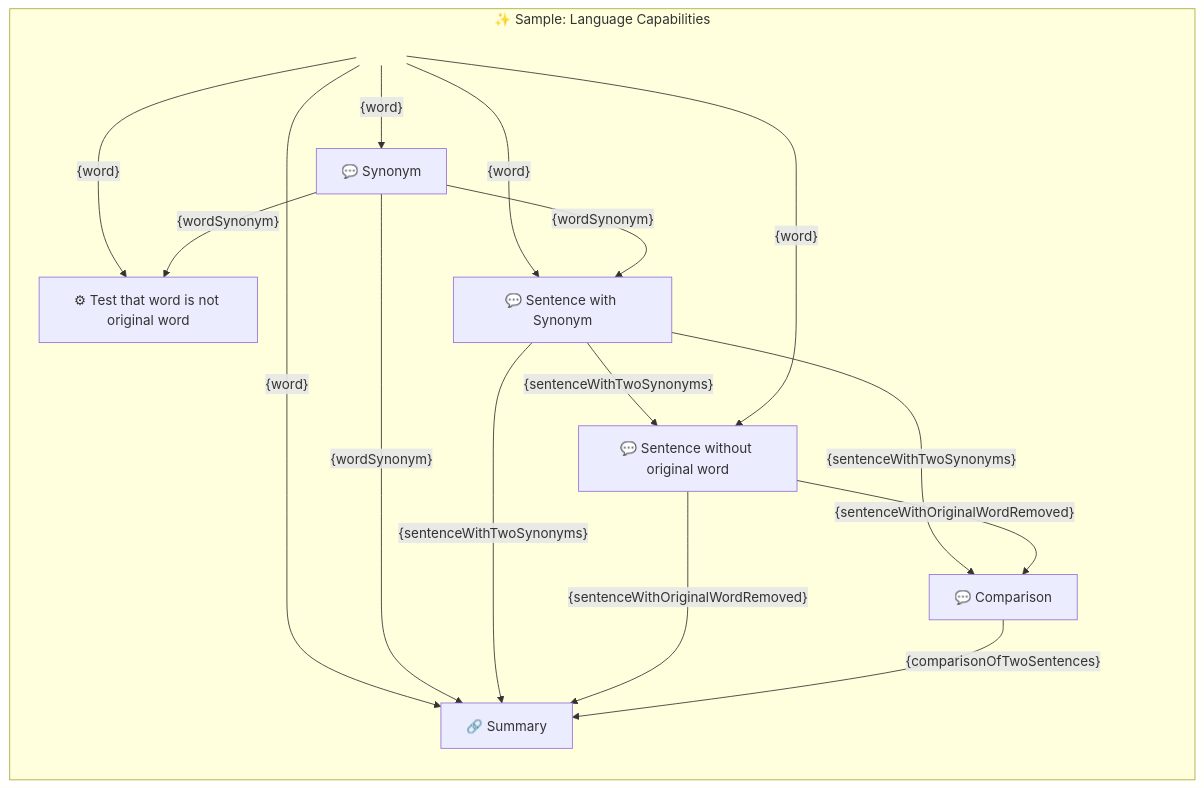
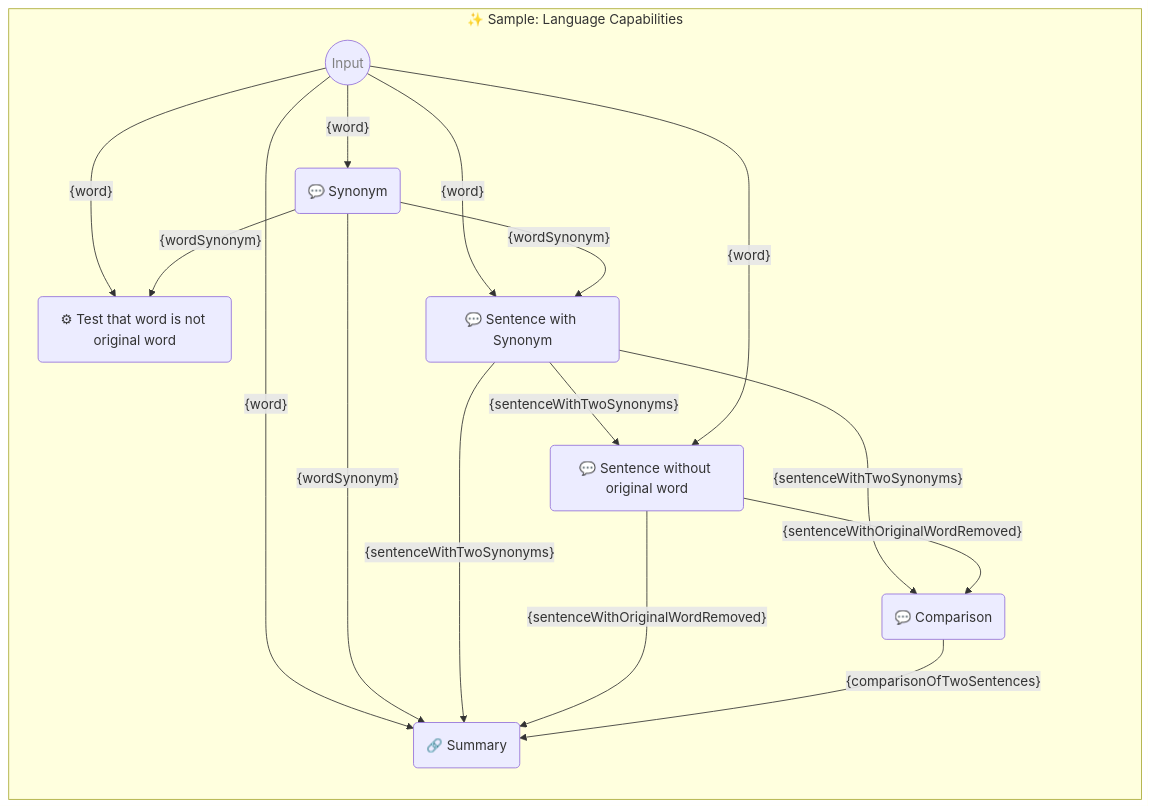
Before and after one commit to webgptorg/promptbook: the diagram in samples/templates/50-advanced.ptbk.md, drawn with Mermaid. The commit also changed 19 other files, not shown here.

Commit message:
Auto-generated Mermaid graphs of promptboks

````diff
--- a/samples/templates/50-advanced.ptbk.md
+++ b/samples/templates/50-advanced.ptbk.md
@@ -15,34 +15,34 @@
 ```mermaid
 %% 🔮 Tip: Open this on GitHub or in the VSCode website to see the Mermaid graph visually
 
 flowchart LR
   subgraph "✨ Sample: Language Capabilities"
 
       direction TB
 
-      input[<!--Input-->]:::hidden
-      templateSynonym[💬 Synonym]
+      input((Input)):::input
+      templateSynonym(💬 Synonym)
       input--"{word}"-->templateSynonym
-      templateTestThatWordIsNotOriginalWord[⚙ Test that word is not original word]
+      templateTestThatWordIsNotOriginalWord(⚙ Test that word is not original word)
       input--"{word}"-->templateTestThatWordIsNotOriginalWord
       templateSynonym--"{wordSynonym}"-->templateTestThatWordIsNotOriginalWord
-      templateSentenceWithSynonym[💬 Sentence with Synonym]
+      templateSentenceWithSynonym(💬 Sentence with Synonym)
       input--"{word}"-->templateSentenceWithSynonym
       templateSynonym--"{wordSynonym}"-->templateSentenceWithSynonym
-      templateSentenceWithoutOriginalWord[💬 Sentence without original word]
+      templateSentenceWithoutOriginalWord(💬 Sentence without original word)
       templateSentenceWithSynonym--"{sentenceWithTwoSynonyms}"-->templateSentenceWithoutOriginalWord
       input--"{word}"-->templateSentenceWithoutOriginalWord
-      templateComparison[💬 Comparison]
+      templateComparison(💬 Comparison)
       templateSentenceWithSynonym--"{sentenceWithTwoSynonyms}"-->templateComparison
       templateSentenceWithoutOriginalWord--"{sentenceWithOriginalWordRemoved}"-->templateComparison
-      templateSummary[🔗 Summary]
+      templateSummary(🔗 Summary)
       input--"{word}"-->templateSummary
       templateSynonym--"{wordSynonym}"-->templateSummary
       templateSentenceWithSynonym--"{sentenceWithTwoSynonyms}"-->templateSummary
       templateSentenceWithoutOriginalWord--"{sentenceWithOriginalWordRemoved}"-->templateSummary
       templateComparison--"{comparisonOfTwoSentences}"-->templateSummary
 
-      classDef hidden visibility: hidden;
+      classDef input color: grey;
 
   end;
 ```
````
